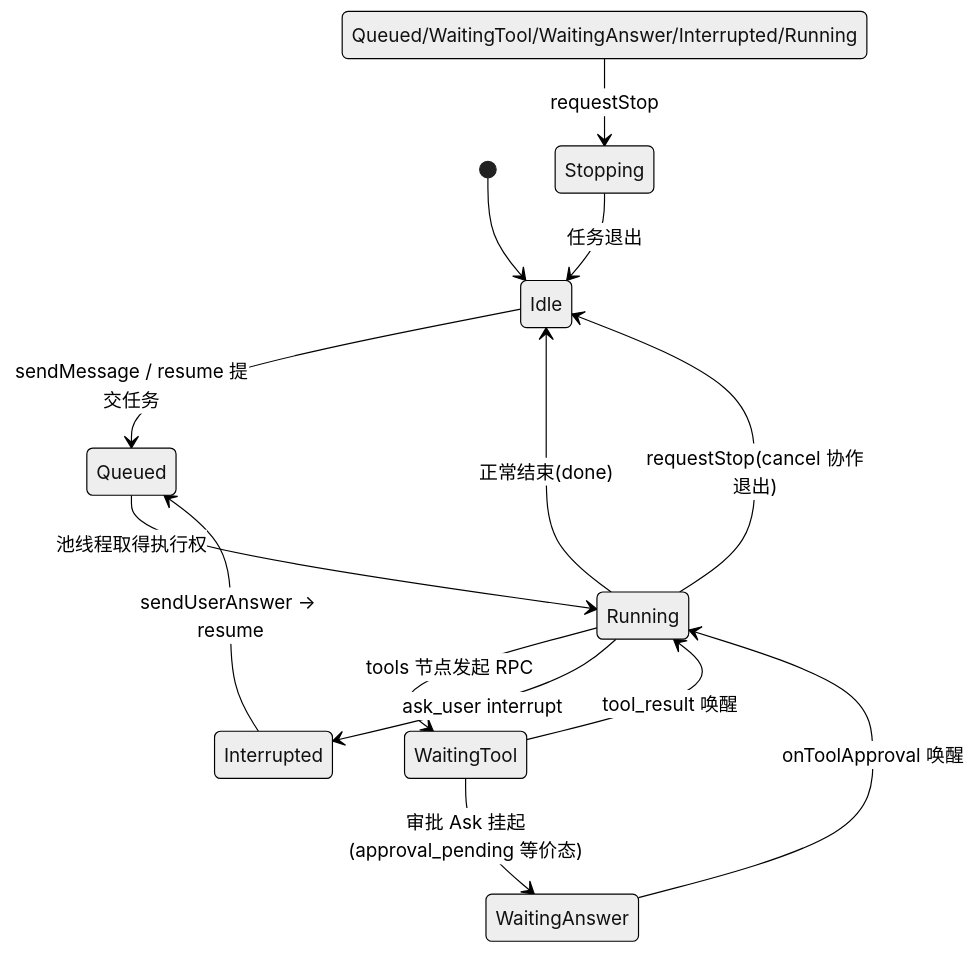
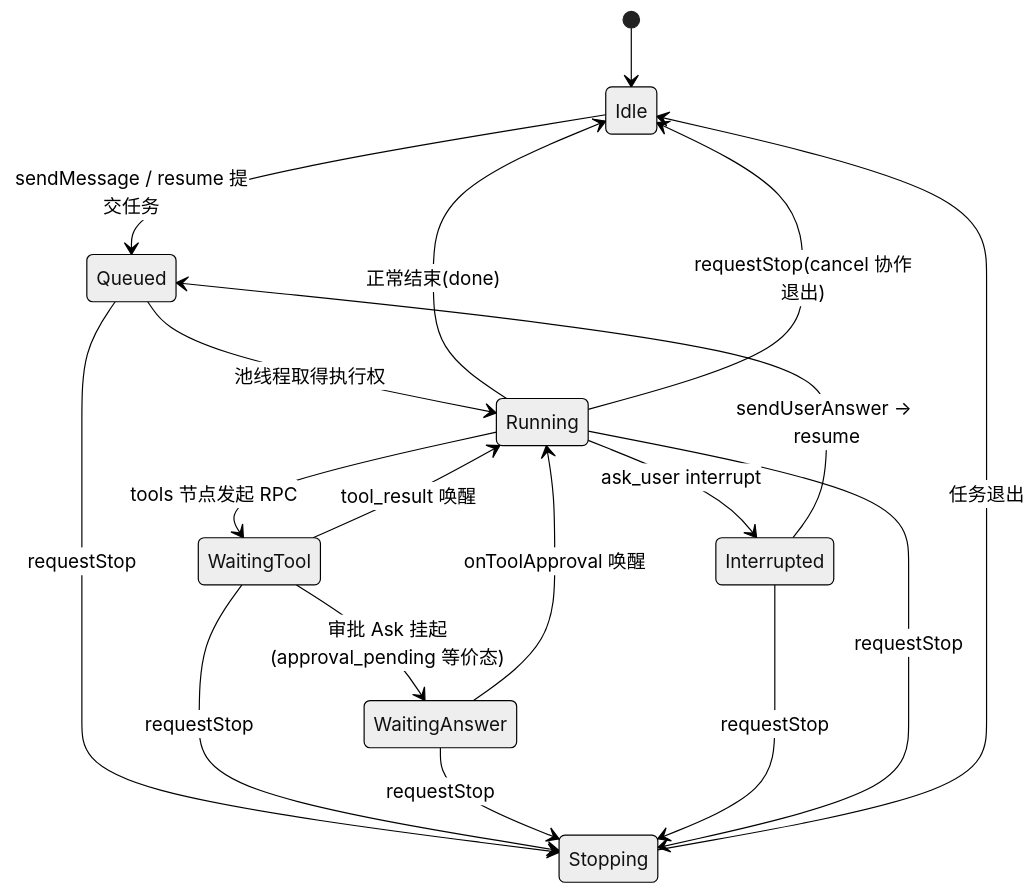
The second of 2 diagrams in docs/方案/02-阶段1-运行时内核.md (czyt1988/data-workbench), drawn with Mermaid (neutral theme) before and after one commit. The commit also changed other lines of this file and 7 other files, not shown here.

````diff
--- a/docs/方案/02-阶段1-运行时内核.md
+++ b/docs/方案/02-阶段1-运行时内核.md
@@ -122,16 +124,20 @@
 ```mermaid
 stateDiagram-v2
     [*] --> Idle
     Idle --> Queued: sendMessage / resume 提交任务
     Queued --> Running: 池线程取得执行权
     Running --> WaitingTool: tools 节点发起 RPC
     WaitingTool --> Running: tool_result 唤醒
     WaitingTool --> WaitingAnswer: 审批 Ask 挂起(approval_pending 等价态)
     WaitingAnswer --> Running: onToolApproval 唤醒
     Running --> Interrupted: ask_user interrupt
     Interrupted --> Queued: sendUserAnswer → resume
     Running --> Idle: 正常结束(done)
     Running --> Idle: requestStop(cancel 协作退出)
-    Queued/WaitingTool/WaitingAnswer/Interrupted/Running --> Stopping: requestStop
+    Queued --> Stopping: requestStop
+    WaitingTool --> Stopping: requestStop
+    WaitingAnswer --> Stopping: requestStop
+    Interrupted --> Stopping: requestStop
+    Running --> Stopping: requestStop
     Stopping --> Idle: 任务退出
 ```
````
